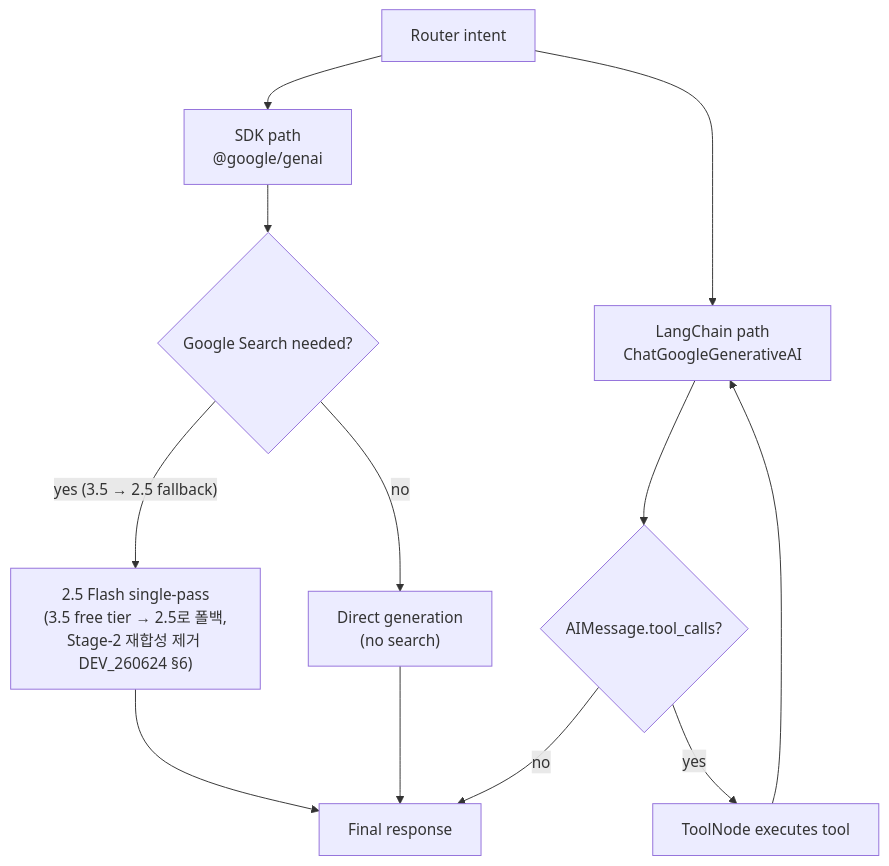
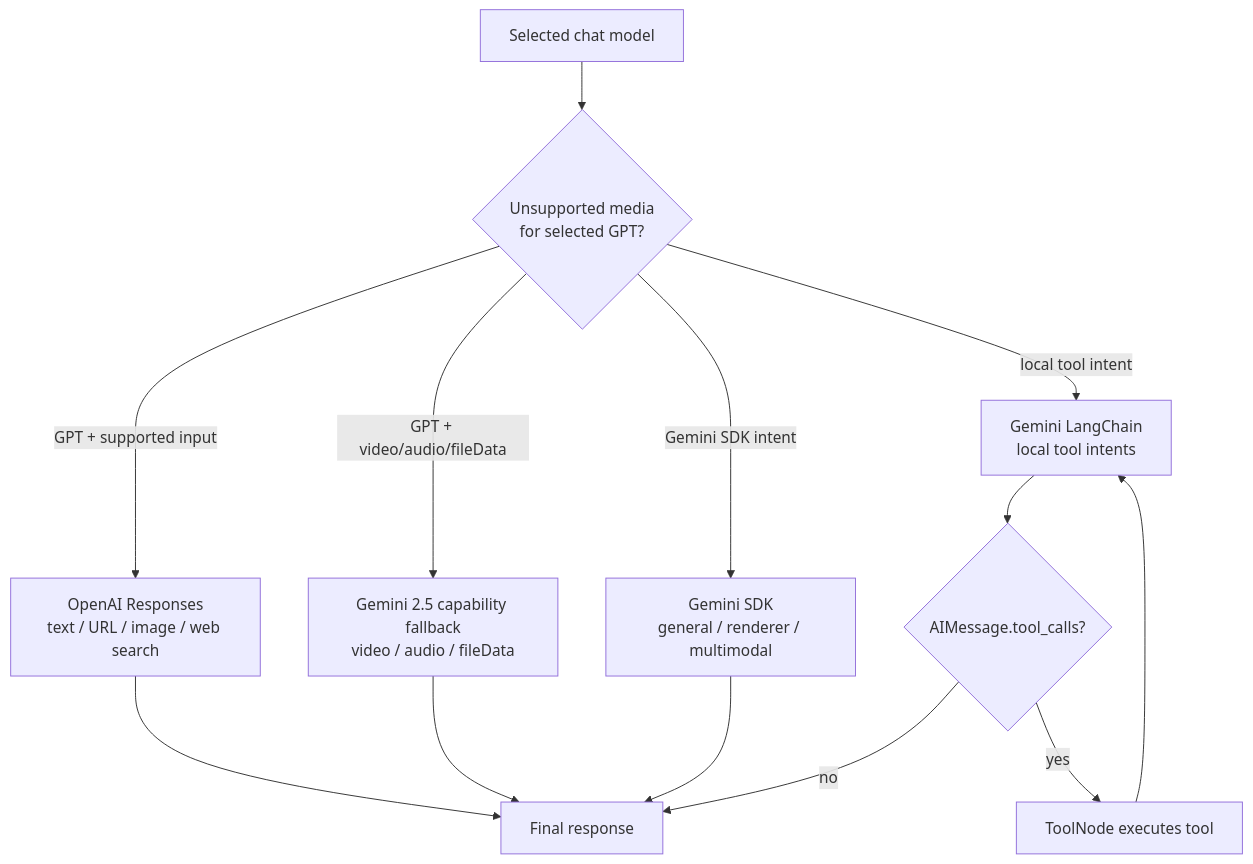
Before and after one commit to jpjp92/chat-agent: the second of 5 diagrams in docs/guide/REF_Architecture.md, drawn with Mermaid. The commit also changed other lines of this file and 43 other files, not shown here.

````diff
--- a/docs/guide/REF_Architecture.md
+++ b/docs/guide/REF_Architecture.md
@@ -39,21 +39,21 @@
 ```mermaid
 flowchart TB
-    Intent["Router intent"]
-    SDK["SDK path\n@google/genai"]
-    LC["LangChain path\nChatGoogleGenerativeAI"]
-    GoogleSearch{"Google Search needed?"}
-    SinglePass["2.5 Flash single-pass\n(3.5 free tier → 2.5로 폴백,\nStage-2 재합성 제거 DEV_260624 §6)"]
-    Direct["Direct generation\n(no search)"]
+    Selected["Selected chat model"]
+    Capability{"Unsupported media\nfor selected GPT?"}
+    OpenAI["OpenAI Responses\ntext / URL / image / web search"]
+    SDK["Gemini SDK\ngeneral / renderer / multimodal"]
+    LC["Gemini LangChain\nlocal tool intents"]
+    Gemini25["Gemini 2.5 capability fallback\nvideo / audio / fileData"]
     ToolCall{"AIMessage.tool_calls?"}
     Tools["ToolNode executes tool"]
     Final["Final response"]
 
-    Intent --> SDK
-    Intent --> LC
-    SDK --> GoogleSearch
-    GoogleSearch -- "yes (3.5 → 2.5 fallback)" --> SinglePass --> Final
-    GoogleSearch -- "no" --> Direct --> Final
+    Selected --> Capability
+    Capability -- "GPT + supported input" --> OpenAI --> Final
+    Capability -- "GPT + video/audio/fileData" --> Gemini25 --> Final
+    Capability -- "Gemini SDK intent" --> SDK --> Final
+    Capability -- "local tool intent" --> LC
     LC --> ToolCall
     ToolCall -- "yes" --> Tools --> LC
     ToolCall -- "no" --> Final
 ```
````
